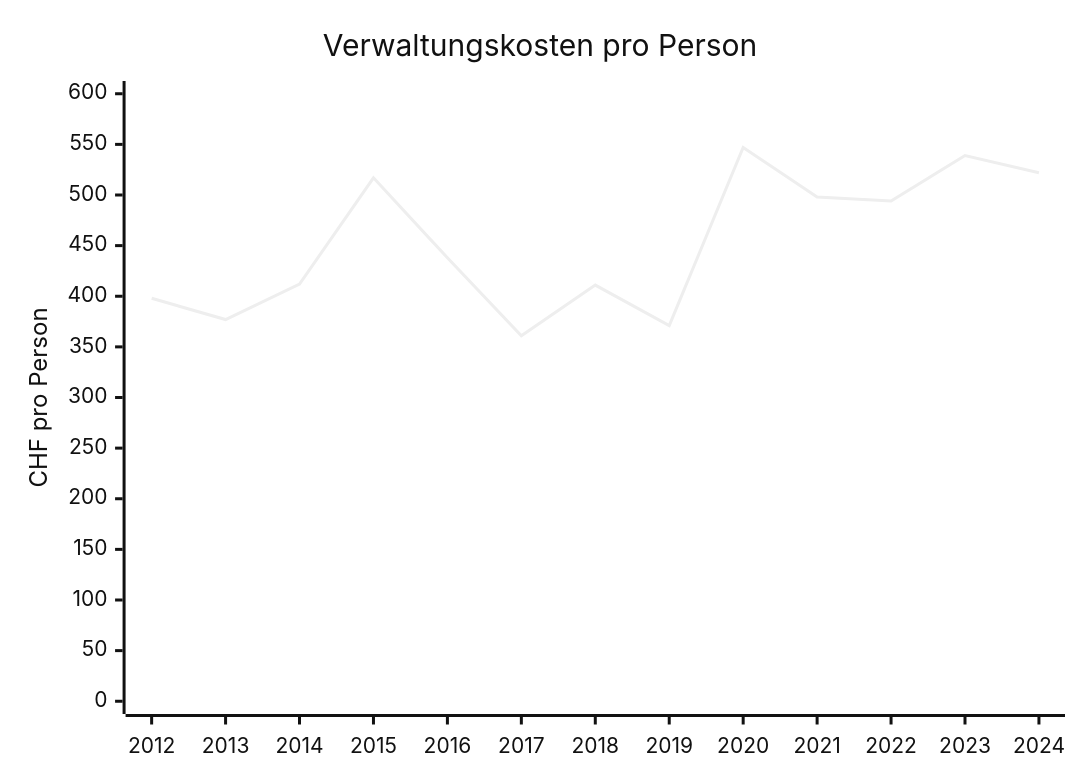
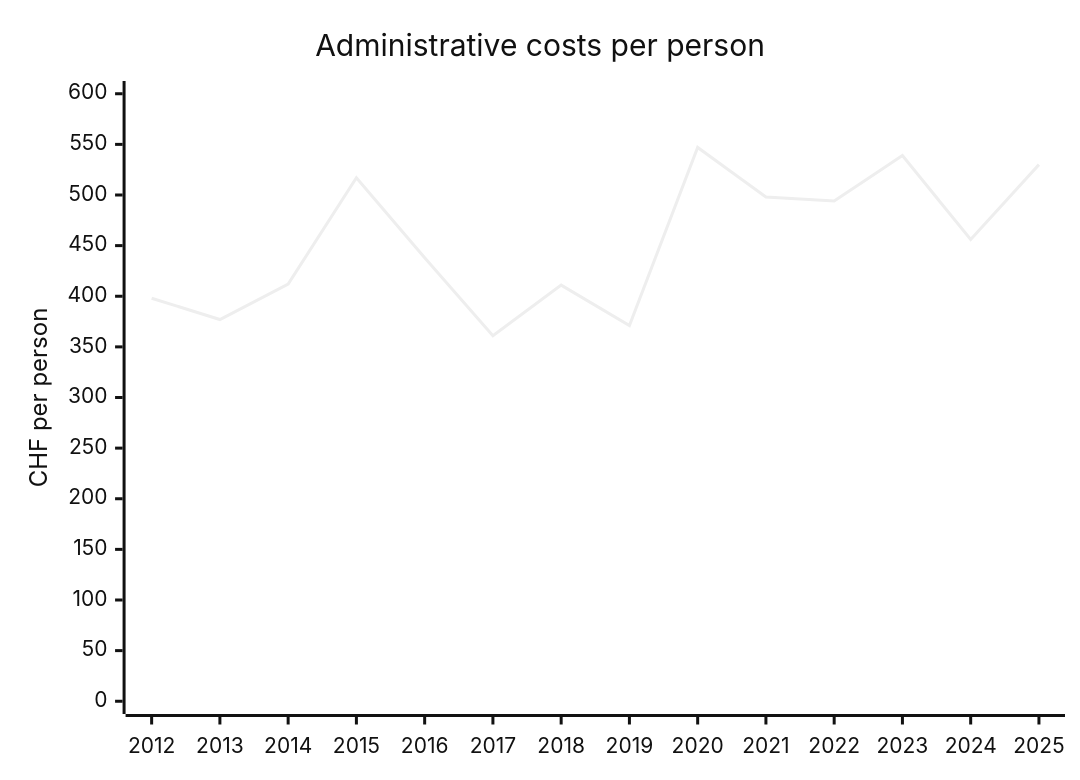
Before and after one commit to risajef/risajef.github.io: the fourth of 8 diagrams in docs/politik/finanzen-beringen.en.md, drawn with Mermaid (neutral theme). The commit also changed other lines of this file and 1 other file, not shown here.

````diff
--- a/docs/politik/finanzen-beringen.en.md
+++ b/docs/politik/finanzen-beringen.en.md
@@ -80,7 +80,7 @@
 ```mermaid
 xychart
-title "Verwaltungskosten pro Person"
-x-axis [2012, 2013, 2014, 2015, 2016, 2017, 2018, 2019, 2020, 2021, 2022, 2023, 2024]
-y-axis "CHF pro Person" 0 --> 600
-line [398, 377, 412, 517, 438, 361, 411, 371, 547, 498, 494, 539, 522]
+title "Administrative costs per person"
+x-axis [2012, 2013, 2014, 2015, 2016, 2017, 2018, 2019, 2020, 2021, 2022, 2023, 2024, 2025]
+y-axis "CHF per person" 0 --> 600
+line [398, 377, 412, 517, 438, 361, 411, 371, 547, 498, 494, 539, 456, 530]
 ```
````
